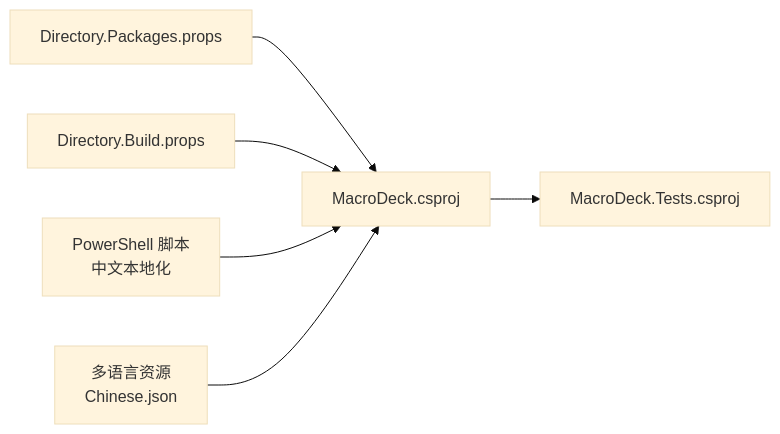
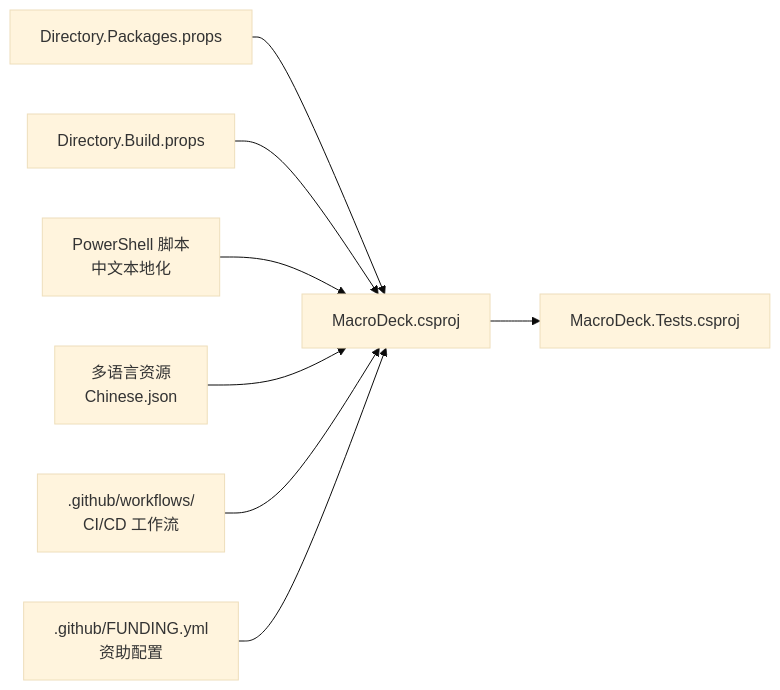
Before and after one commit to tea4go/Macro-Deck: the third of 5 diagrams in .qoder/repowiki/zh/content/开发者指南/开发者指南.md, drawn with Mermaid (base theme). The commit also changed other lines of this file and 33 other files, not shown here.

````diff
--- a/.qoder/repowiki/zh/content/开发者指南/开发者指南.md
+++ b/.qoder/repowiki/zh/content/开发者指南/开发者指南.md
@@ -188,14 +211,18 @@
 ```mermaid
 graph LR
 AppProj["MacroDeck.csproj"]
 TestProj["MacroDeck.Tests.csproj"]
 CentralProps["Directory.Packages.props"]
 BuildProps["Directory.Build.props"]
 PScripts["PowerShell 脚本<br/>中文本地化"]
 Localize["多语言资源<br/>Chinese.json"]
+GHWorkflow[".github/workflows/<br/>CI/CD 工作流"]
+Funding[".github/FUNDING.yml<br/>资助配置"]
 CentralProps --> AppProj
 BuildProps --> AppProj
 AppProj --> TestProj
 PScripts --> AppProj
 Localize --> AppProj
+GHWorkflow --> AppProj
+Funding --> AppProj
 ```
````
